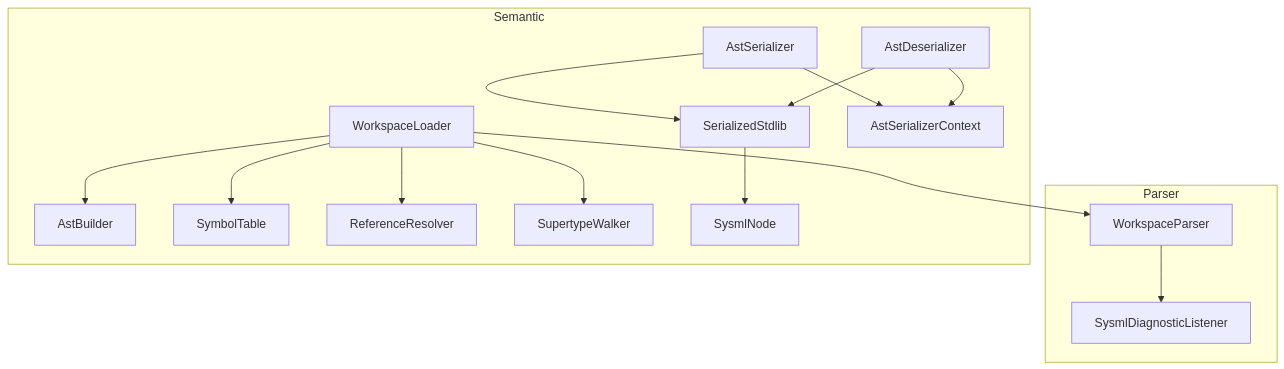
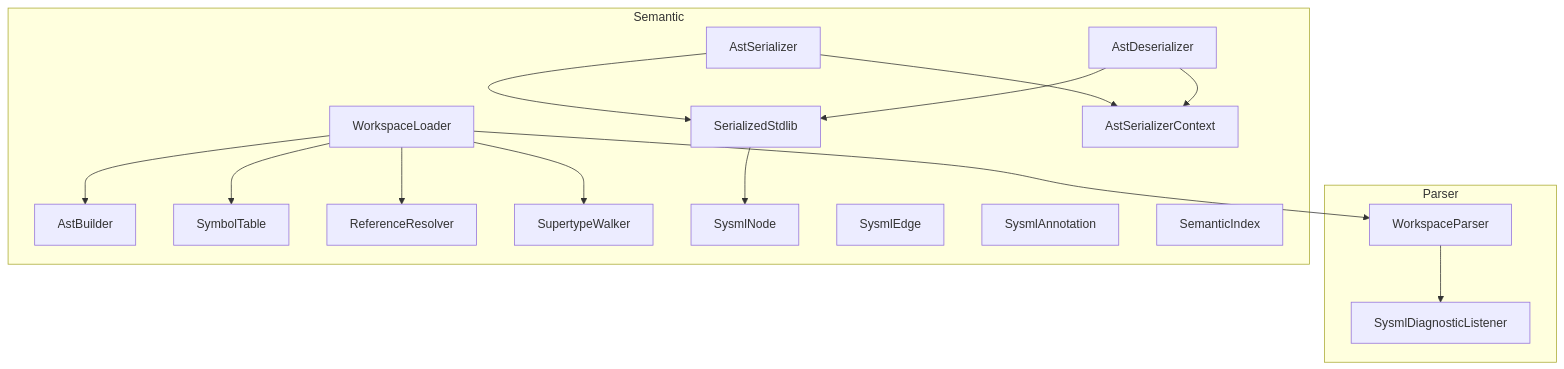
The diagram in docs/design/sysml2-tools-language.md (demaconsulting/SysML2Tools), drawn with Mermaid before and after one commit. The commit also changed other lines of this file and 88 other files, not shown here.

````diff
--- a/docs/design/sysml2-tools-language.md
+++ b/docs/design/sysml2-tools-language.md
@@ -21,30 +22,33 @@
 ```mermaid
 flowchart TD
     subgraph Parser
         WorkspaceParser
         SysmlDiagnosticListener
     end
     subgraph Semantic
         WorkspaceLoader
         AstSerializer
         AstDeserializer
         AstBuilder
         SymbolTable
         ReferenceResolver
         SupertypeWalker
         SysmlNode
+        SysmlEdge
+        SysmlAnnotation
+        SemanticIndex
         SerializedStdlib
         AstSerializerContext
     end
     WorkspaceParser --> SysmlDiagnosticListener
     WorkspaceLoader --> WorkspaceParser
     WorkspaceLoader --> AstBuilder
     WorkspaceLoader --> SymbolTable
     WorkspaceLoader --> ReferenceResolver
     WorkspaceLoader --> SupertypeWalker
     AstSerializer --> AstSerializerContext
     AstSerializer --> SerializedStdlib
     AstDeserializer --> AstSerializerContext
     AstDeserializer --> SerializedStdlib
     SerializedStdlib --> SysmlNode
 ```
````
